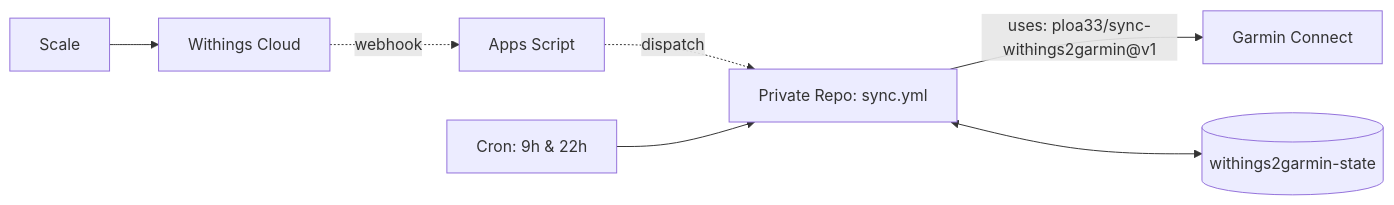
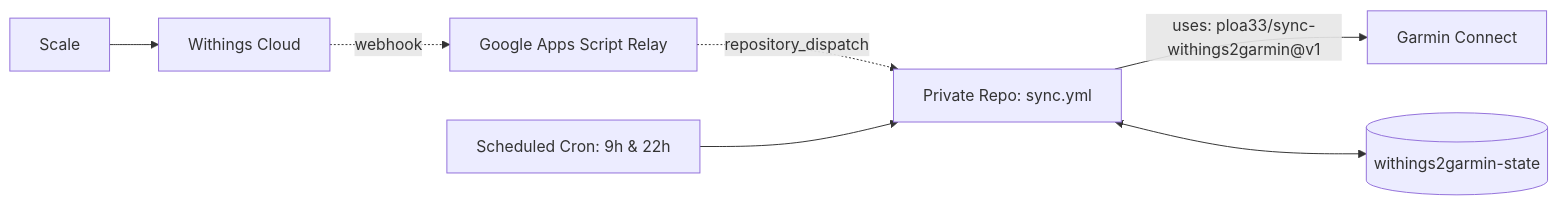
One commit to actions-marketplace-validations/ploa33_sync-withings2garmin changed the diagram in README.md. Above: the diagram before and after it, drawn with Mermaid. The commit also changed other lines of this file, not shown here.

````diff
--- a/README.md
+++ b/README.md
@@ -127,8 +142,8 @@
 ```mermaid
 flowchart LR
   S[Scale] --> W[Withings Cloud]
-  W -. webhook .-> G[Apps Script] -. dispatch .-> A[Private Repo: sync.yml]
-  C[Cron: 9h & 22h] --> A
+  W -. webhook .-> G[Google Apps Script Relay] -. repository_dispatch .-> A[Private Repo: sync.yml]
+  C[Scheduled Cron: 9h & 22h] --> A
   A -- uses: ploa33/sync-withings2garmin@v1 --> M[Garmin Connect]
   A <--> B[(withings2garmin-state)]
 ```
````
